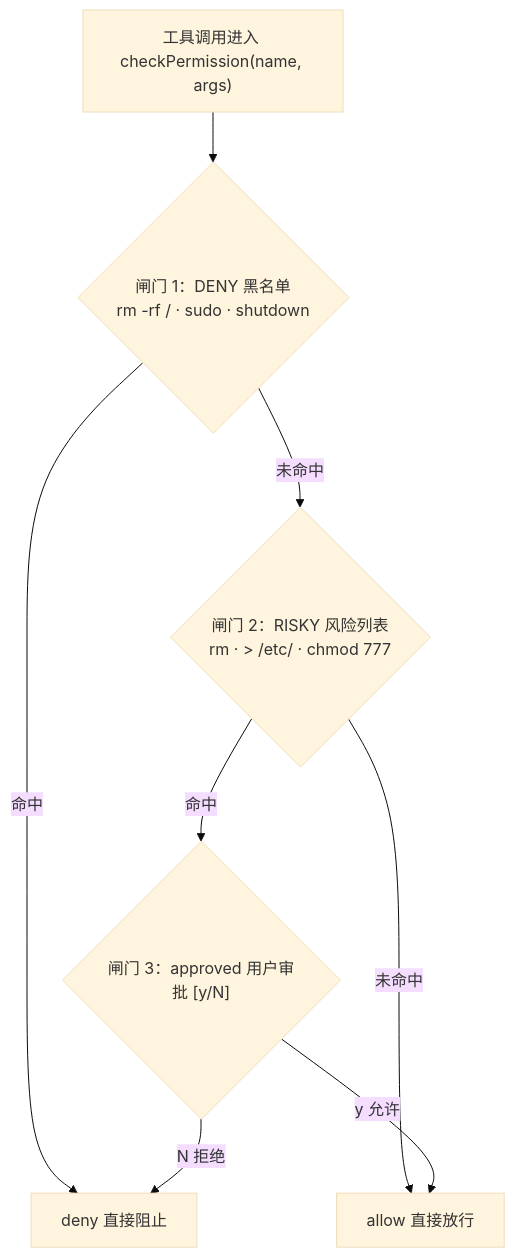
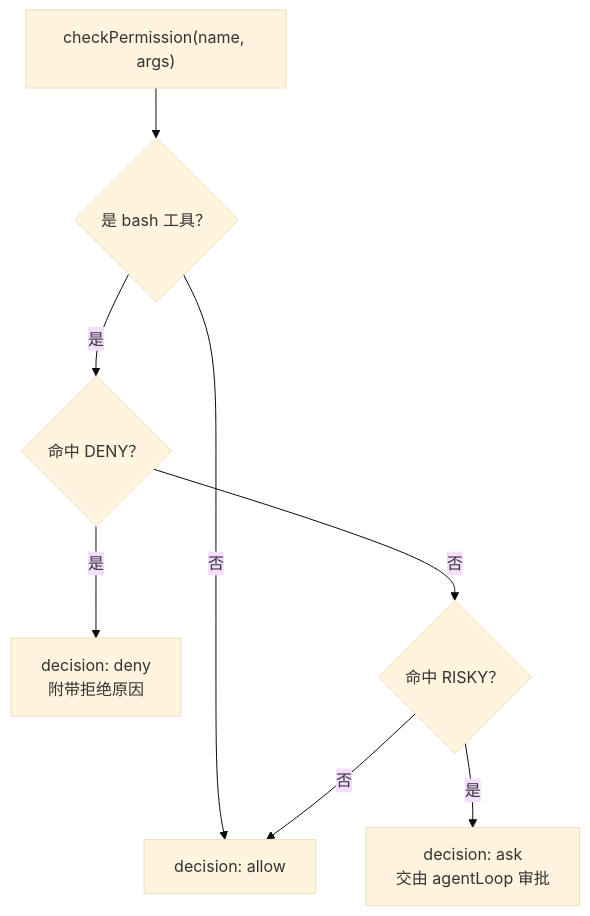
One commit to shengxinjing/build-your-agent changed the second of 2 diagrams in code-agent-course/s03-permission.md. Above: the diagram before and after it, drawn with Mermaid (base theme). The commit also changed other lines of this file and 11 other files, not shown here.

````diff
--- a/code-agent-course/s03-permission.md
+++ b/code-agent-course/s03-permission.md
@@ -42,10 +108,10 @@
 ```mermaid
 flowchart TD
-  IN["工具调用进入 checkPermission(name, args)"] --> G1{"闸门 1：DENY 黑名单<br/>rm -rf / · sudo · shutdown"}
-  G1 -->|命中| DENY["deny 直接阻止"]
-  G1 -->|未命中| G2{"闸门 2：RISKY 风险列表<br/>rm  · > /etc/ · chmod 777"}
-  G2 -->|未命中| ALLOW["allow 直接放行"]
-  G2 -->|命中| G3{"闸门 3：approved 用户审批 [y/N]"}
-  G3 -->|y 允许| ALLOW
-  G3 -->|N 拒绝| DENY
+  IN["checkPermission(name, args)"] --> B{"是 bash 工具？"}
+  B -->|否| A["decision: allow"]
+  B -->|是| G1{"命中 DENY？"}
+  G1 -->|是| D["decision: deny<br/>附带拒绝原因"]
+  G1 -->|否| G2{"命中 RISKY？"}
+  G2 -->|是| K["decision: ask<br/>交由 agentLoop 审批"]
+  G2 -->|否| A
 ```
````
